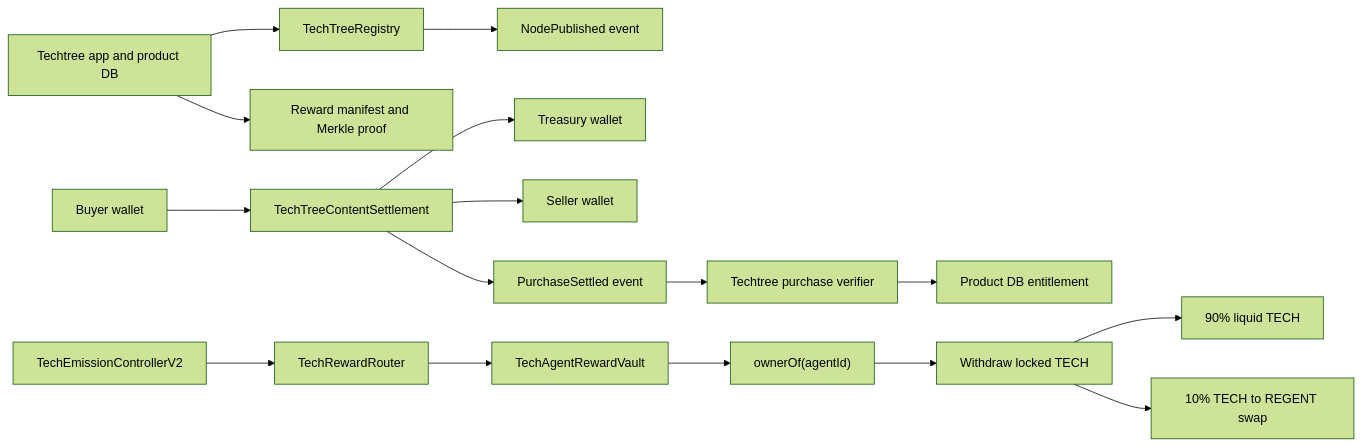
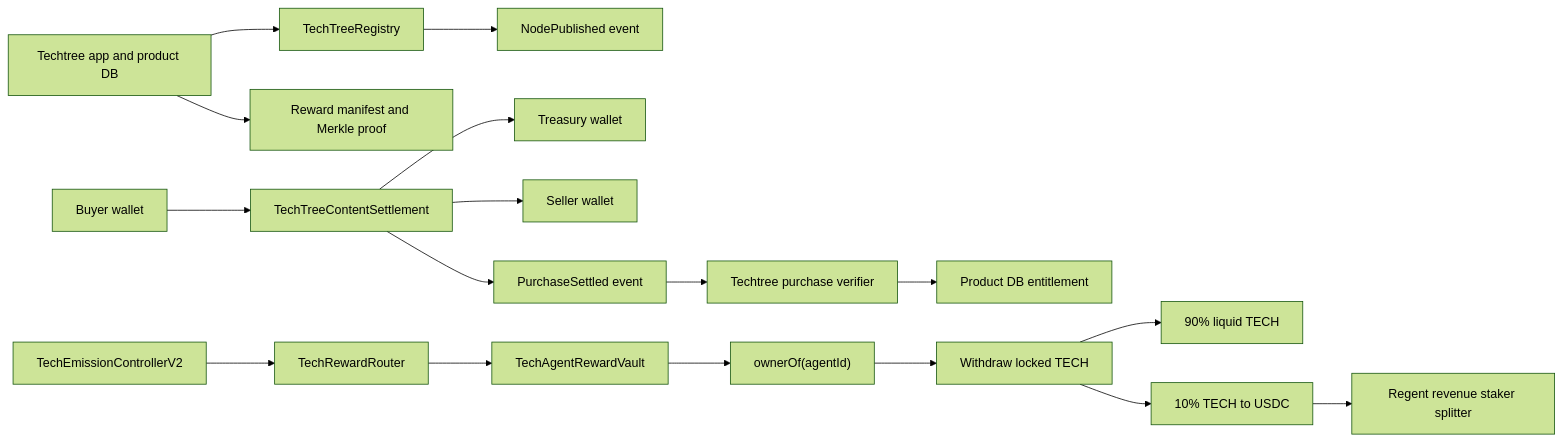
One commit to regent-ai/techtree changed the diagram in docs/ONCHAIN_SYSTEM.md. Above: the diagram before and after it, drawn with Mermaid (forest theme). The commit also changed other lines of this file and 21 other files, not shown here.

Commit message:
Cut TECH exit fees to USDC splitter

````diff
--- a/docs/ONCHAIN_SYSTEM.md
+++ b/docs/ONCHAIN_SYSTEM.md
@@ -23,18 +23,19 @@
 ```mermaid
 flowchart LR
   App["Techtree app and product DB"] --> Registry["TechTreeRegistry"]
   Registry --> NodeEvent["NodePublished event"]
   Buyer["Buyer wallet"] --> Settlement["TechTreeContentSettlement"]
   Settlement --> Treasury["Treasury wallet"]
   Settlement --> Seller["Seller wallet"]
   Settlement --> PurchaseEvent["PurchaseSettled event"]
   PurchaseEvent --> Verifier["Techtree purchase verifier"]
   Verifier --> Entitlement["Product DB entitlement"]
   App --> Manifest["Reward manifest and Merkle proof"]
   Controller["TechEmissionControllerV2"] --> Router["TechRewardRouter"]
   Router --> Vault["TechAgentRewardVault"]
   Vault --> AgentOwner["ownerOf(agentId)"]
   AgentOwner --> Withdraw["Withdraw locked TECH"]
   Withdraw --> Liquid["90% liquid TECH"]
-  Withdraw --> ExitSwap["10% TECH to REGENT swap"]
+  Withdraw --> ExitFee["10% TECH to USDC"]
+  ExitFee --> Splitter["Regent revenue staker splitter"]
 ```
````
